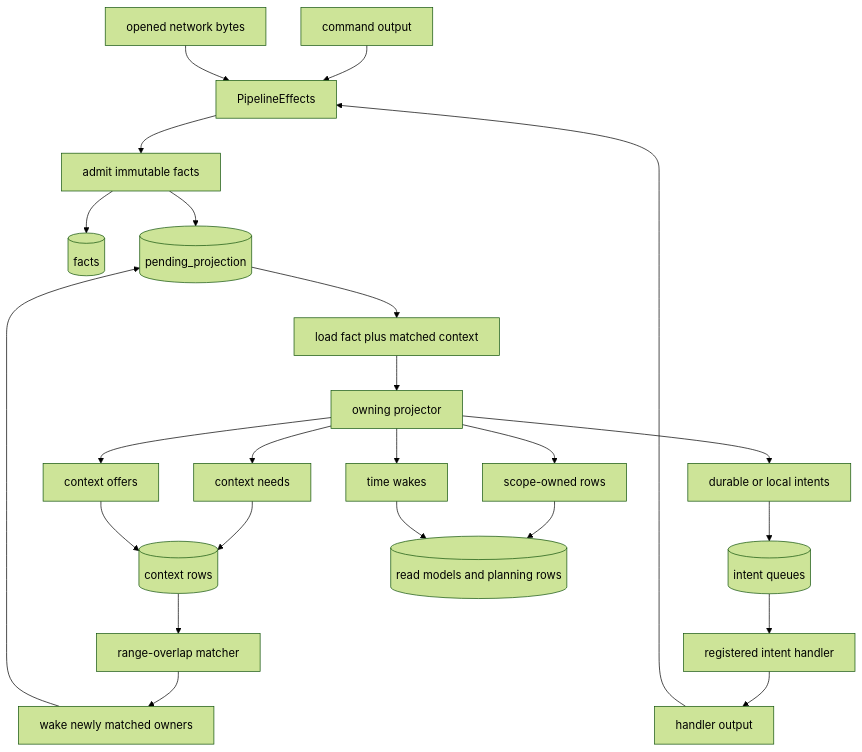
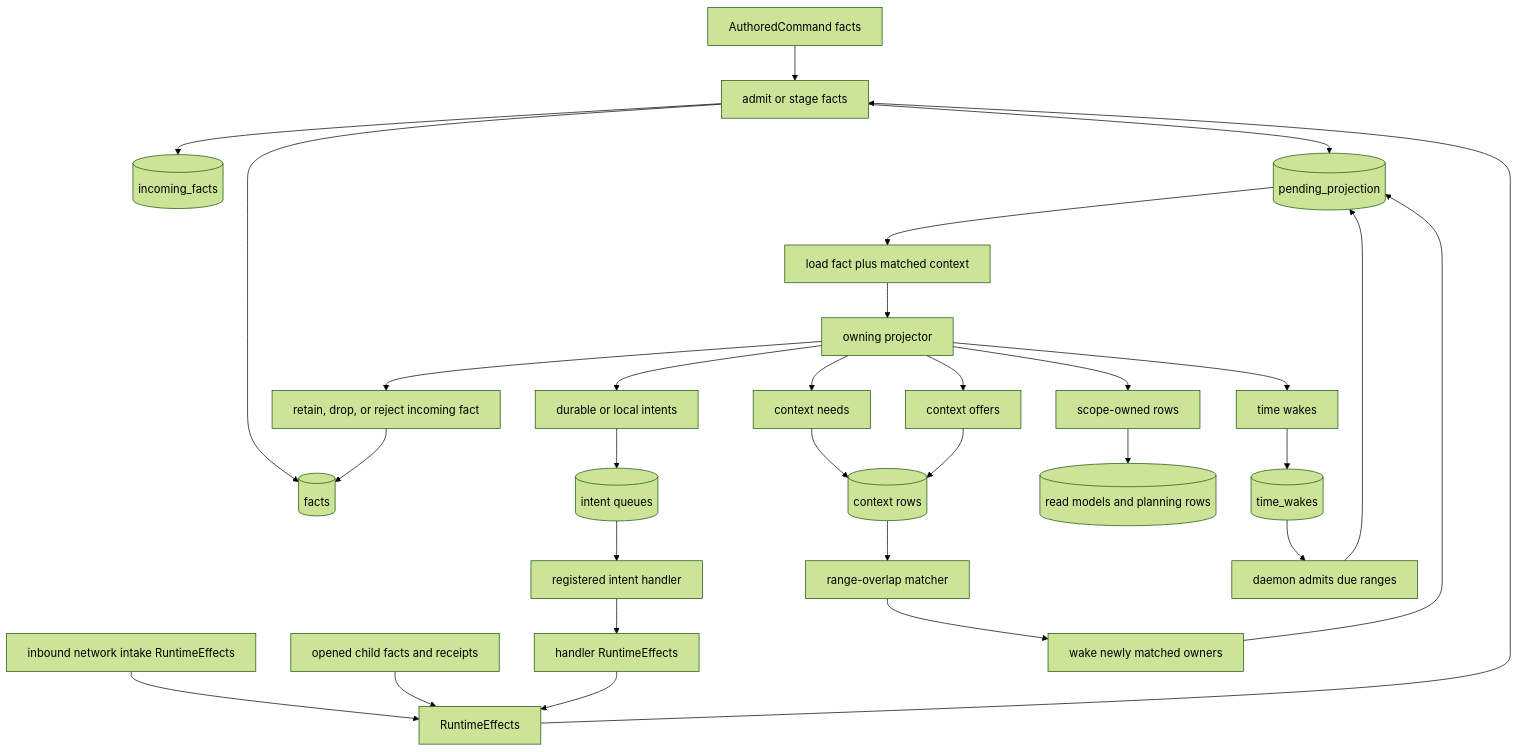
Before and after one commit to holmesworcester/poc-10: the second of 6 diagrams in ARCHITECTURE_DIAGRAMS.md, drawn with Mermaid (forest theme). The commit also changed other lines of this file and 2 other files, not shown here.

````diff
--- a/ARCHITECTURE_DIAGRAMS.md
+++ b/ARCHITECTURE_DIAGRAMS.md
@@ -54,32 +54,38 @@
 ```mermaid
 %%{init: {"flowchart": {"wrappingWidth": 320}} }%%
 flowchart TD
-    CMD["command output"] --> EFFECTS["PipelineEffects"]
-    RECV["opened network bytes"] --> EFFECTS
-    HANDLER_OUT["handler output"] --> EFFECTS
+    CMD["AuthoredCommand facts"] --> ADMIT["admit or stage facts"]
+    INTAKE["inbound network intake RuntimeEffects"] --> EFFECTS["RuntimeEffects"]
+    OPENED["opened child facts and receipts"] --> EFFECTS
+    HANDLER_OUT["handler RuntimeEffects"] --> EFFECTS
 
-    EFFECTS --> ADMIT["admit immutable facts"]
+    EFFECTS --> ADMIT
     ADMIT --> FACTS[("facts")]
+    ADMIT --> INCOMING[("incoming_facts")]
     ADMIT --> PENDING[("pending_projection")]
 
     PENDING --> LOAD["load fact plus matched context"]
     LOAD --> PROJECTOR["owning projector"]
     PROJECTOR --> NEEDS["context needs"]
     PROJECTOR --> OFFERS["context offers"]
     PROJECTOR --> ROWS["scope-owned rows"]
     PROJECTOR --> INTENTS["durable or local intents"]
     PROJECTOR --> TIME["time wakes"]
+    PROJECTOR --> RETAIN["retain, drop, or reject incoming fact"]
 
     NEEDS --> CONTEXT[("context rows")]
     OFFERS --> CONTEXT
     CONTEXT --> MATCH["range-overlap matcher"]
     MATCH --> WAKE["wake newly matched owners"]
     WAKE --> PENDING
 
     INTENTS --> QUEUES[("intent queues")]
     QUEUES --> HANDLER["registered intent handler"]
     HANDLER --> HANDLER_OUT
 
     ROWS --> STORE[("read models and planning rows")]
-    TIME --> STORE
+    RETAIN --> FACTS
+    TIME --> TIME_ROWS[("time_wakes")]
+    TIME_ROWS --> DUE["daemon admits due ranges"]
+    DUE --> PENDING
 ```
````
